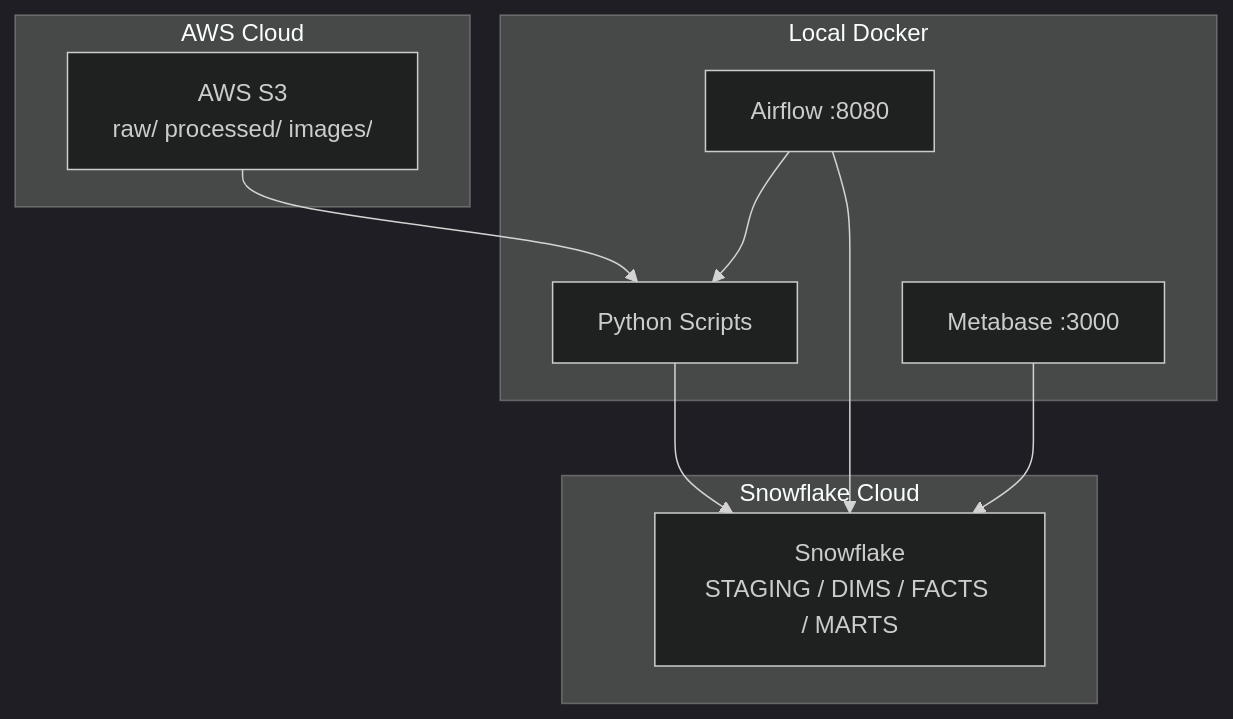
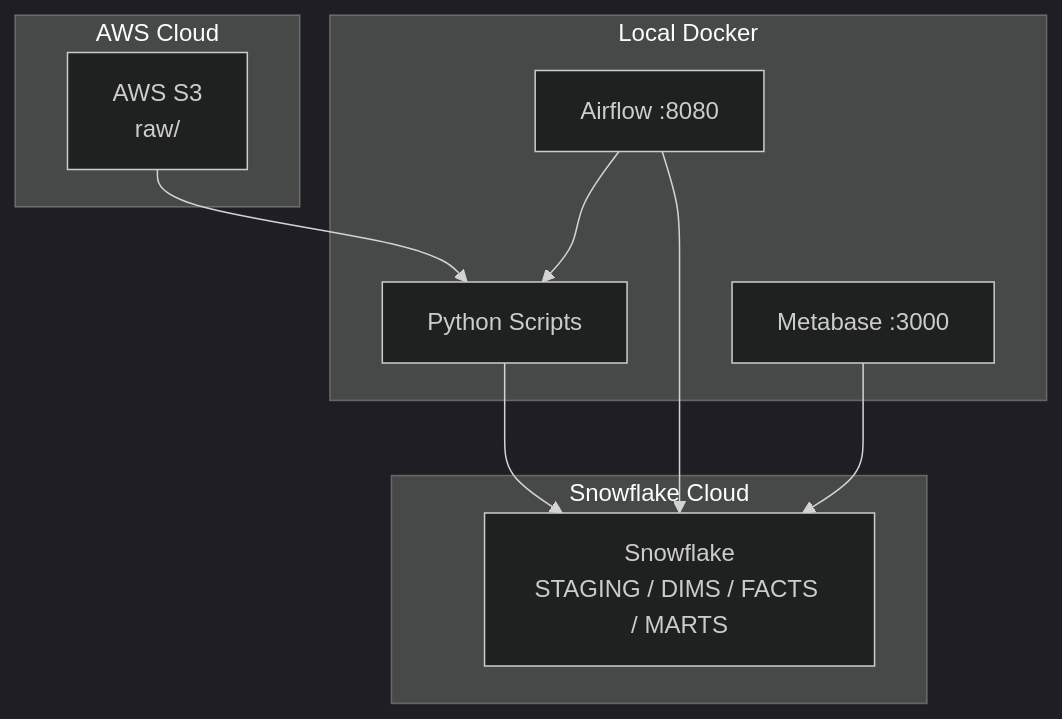
The second of 3 diagrams in .docs-projeto-final/03-Arquitetura.md (guialvesmartins/trabalho-ifg-modulo-2), drawn with Mermaid (dark theme) before and after one commit. The commit also changed other lines of this file and 32 other files, not shown here.

````diff
--- a/.docs-projeto-final/03-Arquitetura.md
+++ b/.docs-projeto-final/03-Arquitetura.md
@@ -57,22 +57,22 @@
 ```mermaid
 graph TD
     subgraph "AWS Cloud"
-        S3[AWS S3\nraw/ processed/ images/]
+        S3[AWS S3\nraw/]
     end
 
     subgraph "Snowflake Cloud"
         SF[Snowflake\nSTAGING / DIMS / FACTS / MARTS]
     end
 
     subgraph "Local Docker"
         AF2[Airflow :8080]
         MB2[Metabase :3000]
         PY2[Python Scripts]
     end
 
     S3 --> PY2
     PY2 --> SF
     AF2 --> PY2
     AF2 --> SF
     MB2 --> SF
 ```
````
